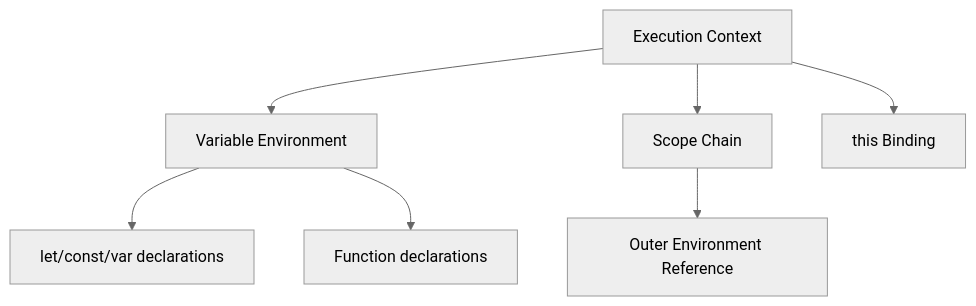
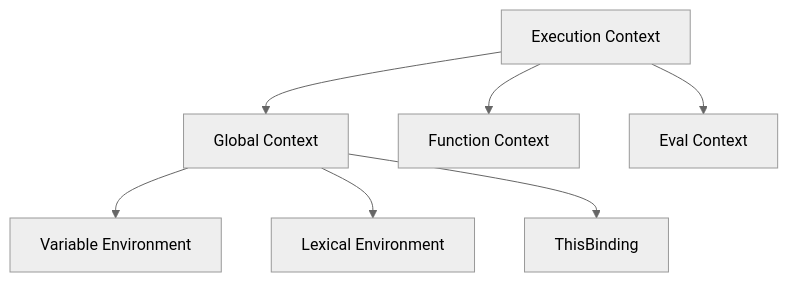
The third of 3 diagrams in apps/fe-docs/pages/interview/javascript/1-core-concepts.mdx (KRISACHAN/ying-web), drawn with Mermaid (neutral theme) before and after one commit. The commit also changed other lines of this file and 13 other files, not shown here.

````diff
--- a/apps/fe-docs/pages/interview/javascript/1-core-concepts.mdx
+++ b/apps/fe-docs/pages/interview/javascript/1-core-concepts.mdx
@@ -53,9 +96,9 @@
 ```mermaid
 graph TD
-    A[Execution Context] --> B[Variable Environment]
-    A --> C[Scope Chain]
-    A --> D[this Binding]
-    B --> E[let/const/var declarations]
-    B --> F[Function declarations]
-    C --> G[Outer Environment Reference]
+    A[Execution Context] --> B[Global Context]
+    A --> C[Function Context]
+    A --> D[Eval Context]
+    B --> E[Variable Environment]
+    B --> F[Lexical Environment]
+    B --> G[ThisBinding]
 ```
````
